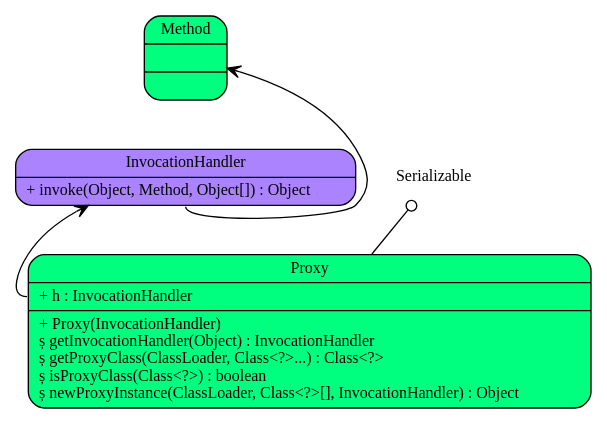
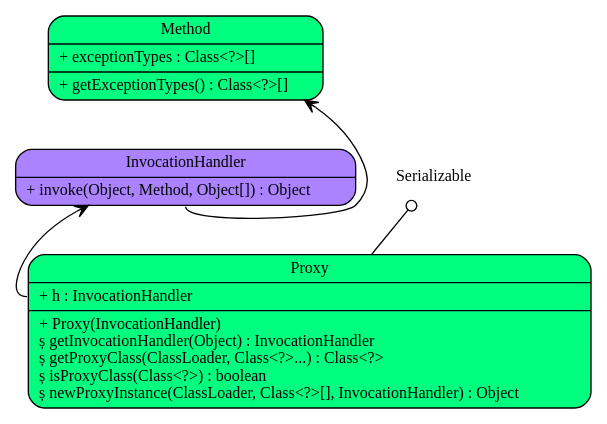
Before and after one commit to chris0103/spider-net: the diagram in Java/proxy.dot, drawn with Graphviz. The commit also changed 2 other files, not shown here.

```diff
--- a/Java/proxy.dot
+++ b/Java/proxy.dot
@@ -1,46 +1,46 @@
 digraph proxy {
 	rankdir = BT;
     fontname = "Verdana";
     fontsize = 12;
     node [fontname = "Verdana", fontsize = 12, shape = "record"];
     edge [fontname = "Verdana", fontsize = 12];
     
     InvocationHandler [label = "{<f0>InvocationHandler|<f2>+ invoke(Object, Method, Object[]) : Object\l}", style = "rounded, filled", fillcolor = "mediumpurple1"];
-    Method [label = "{<f0>Method|<f1>|<f2>}", style = "rounded, filled", fillcolor = "springgreen"];
+    Method [label = "{<f0>Method|<f1>+ exceptionTypes : Class&lt;?&gt;[]\l|<f2>+ getExceptionTypes() : Class&lt;?&gt;[]\l}", style = "rounded, filled", fillcolor = "springgreen"];
     Proxy [label = "{<f0>Proxy|<f1>+ h : InvocationHandler\l|<f2>+ Proxy(InvocationHandler)\l&#537; getInvocationHandler(Object) : InvocationHandler\l&#537; getProxyClass(ClassLoader, Class&lt;?&gt;...) : Class&lt;?&gt;\l&#537; isProxyClass(Class&lt;?&gt;) : boolean\l&#537; newProxyInstance(ClassLoader, Class&lt;?&gt;[], InvocationHandler) : Object\l}", style = "rounded, filled", fillcolor = "springgreen"];
     Serializable [shape = "plaintext", label = "Serializable"];
 	
 	/*	
 	
 	// configuration node
 	node [shape = "record", style = "rounded, filled"];
 	
 	subgraph cluster00 {
 		label = "";
 		style = filled;
 		color = grey90;
 	}
 	
 	// item_name [label = "item_label", style = "filled", fillcolor = "palegreen"];
 	// record_name [shape = "record", label = "{{<f0>interface|{<f10>(other implementers)}}|(other methods)}"];
 	// record_without_properties [shape = "record", label = "{<f0>label|<f1>value}"];
 	// record_with_properties [shape = "record", label = "{<f0>label|<f1>value|{{<f20>property|<f21>value}}}"];
 	
 	// interface_minor [shape = "plaintext", label = "Interface_minor"];
 	// interface [label = "{<f0>Interface|<f2>+ method() : return_type\l}", style = "rounded, filled", fillcolor = "mediumpurple1"];
 	// abstract_class [label = "{<f0>Abstract_Class|<f1>+ field1 : type\l+ field2 : type\l|<f2>&#170; abstract_method() : return_type\l&#537; static_method() : return_type\l+ method() : return_type\l}", style = "rounded, filled, dashed", fillcolor = "springgreen"];
 	// class [label = "{<f0>Class|<f1>+ field1 : type\l+ field2 : type\l&#10765; final_field : type\l&#537; static_field : type\l|<f2>+ method() : return_type\l&#537; static_method() : return_type\l&#186; overriden_method() : return_type\l}", style = "rounded, filled", fillcolor = "springgreen"];	
 	// bean_record [label = "{<f0>beanId|<f1>beanClass|{{<f20>property1|<f21>property2}}}"];
 	*/
 	
 	// item_foo -> item_bar;
 	
 	// Implementation -> Interface [arrowhead = "empty"];
 	// Subclass -> Class;	
 	// Referer -> Referee [arrowhead = "vee"];
 	// Implementation -> InterfaceMinor [arrowhead = "odot"];	
 	
 	Proxy -> Serializable [arrowhead = "odot"];
 	Proxy:f1 -> InvocationHandler [arrowhead = "vee"];
 	InvocationHandler:f2 -> Method [arrowhead = "vee"];
 }
```
